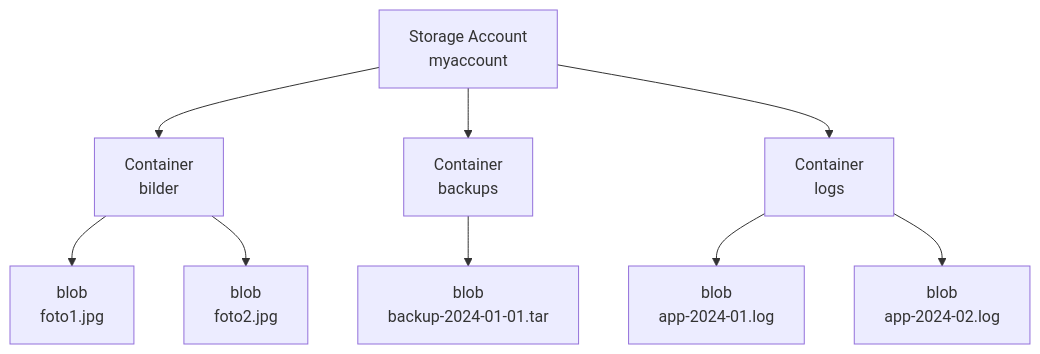
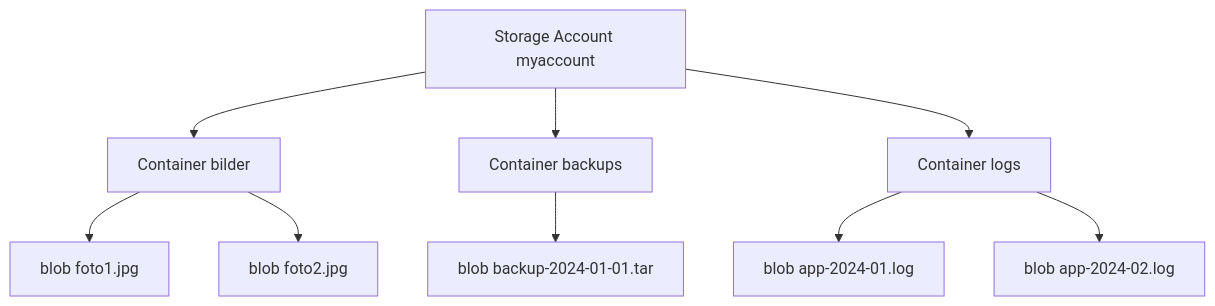
The diagram in Microsoft 365/Azure/Storage/Azure Blob Storage.md (SoniiiT/notes-n-docs), drawn with Mermaid before and after one commit. The commit also changed 124 other files, not shown here.

First line of the commit message:
fix: Entferne \n aus allen Mermaid-Diagrammen (125 Dateien)

````diff
--- a/Microsoft 365/Azure/Storage/Azure Blob Storage.md
+++ b/Microsoft 365/Azure/Storage/Azure Blob Storage.md
@@ -50,11 +50,11 @@
 ```mermaid
 graph TD
-    A[Storage Account\nmyaccount] --> B[Container\nbilder]
-    A --> C[Container\nbackups]
-    A --> D[Container\nlogs]
-    B --> E[blob\nfoto1.jpg]
-    B --> F[blob\nfoto2.jpg]
-    C --> G[blob\nbackup-2024-01-01.tar]
-    D --> H[blob\napp-2024-01.log]
-    D --> I[blob\napp-2024-02.log]
+    A[Storage Account myaccount] --> B[Container bilder]
+    A --> C[Container backups]
+    A --> D[Container logs]
+    B --> E[blob foto1.jpg]
+    B --> F[blob foto2.jpg]
+    C --> G[blob backup-2024-01-01.tar]
+    D --> H[blob app-2024-01.log]
+    D --> I[blob app-2024-02.log]
 ```
````
